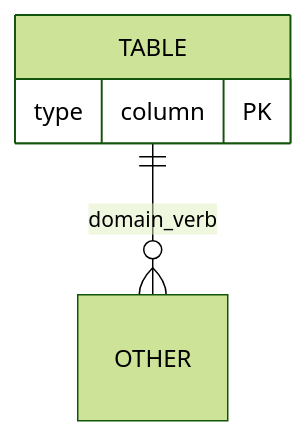
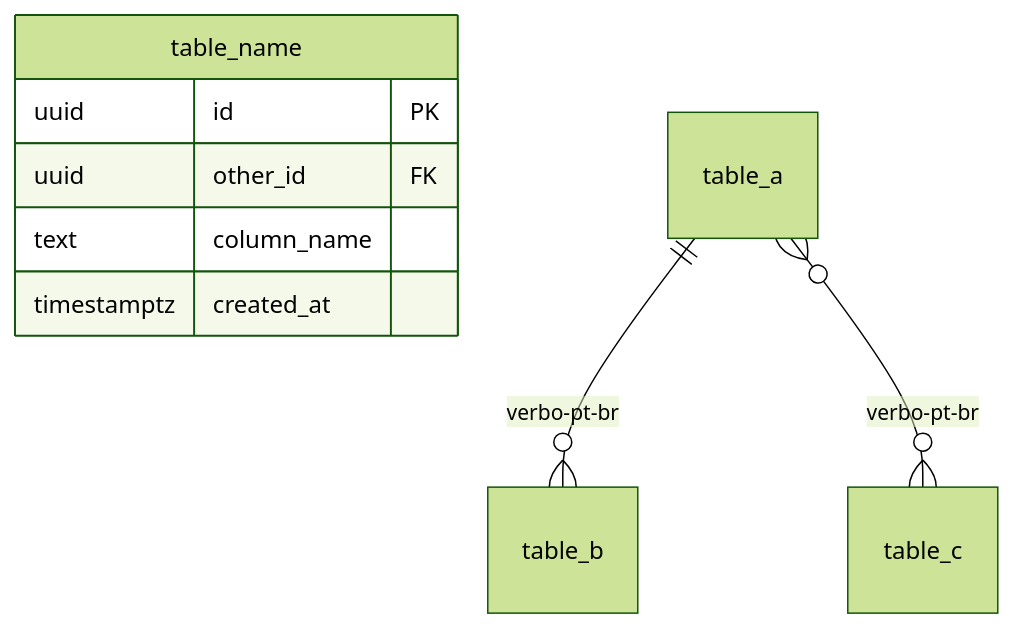
One commit to gzorzii/demo-learn changed the diagram in .claude/agents/database-architect.md. Above: the diagram before and after it, drawn with Mermaid (forest theme). The commit also changed other lines of this file and 10 other files, not shown here.

````diff
--- a/.claude/agents/database-architect.md
+++ b/.claude/agents/database-architect.md
@@ -40,7 +42,11 @@
 ```mermaid
 erDiagram
-    TABLE {
-        type column PK
+    table_name {
+        uuid id PK
+        uuid other_id FK
+        text column_name
+        timestamptz created_at
     }
-    TABLE ||--o{ OTHER : "domain_verb"
+    table_a ||--o{ table_b : "verbo-pt-br"
+    table_a }o--o{ table_c : "verbo-pt-br"
 ```
````
